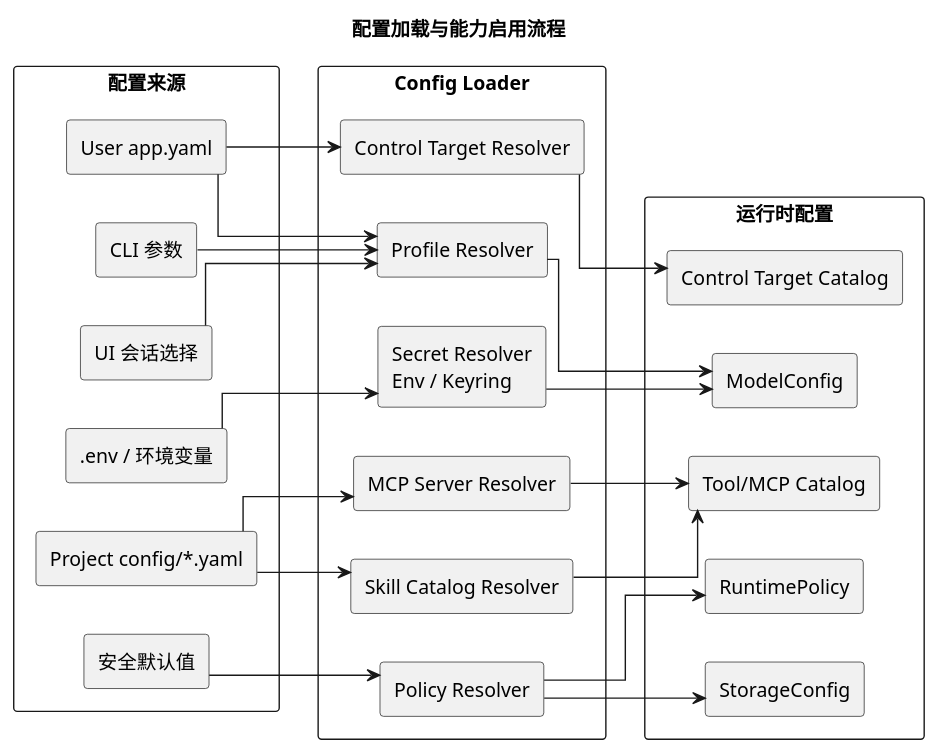
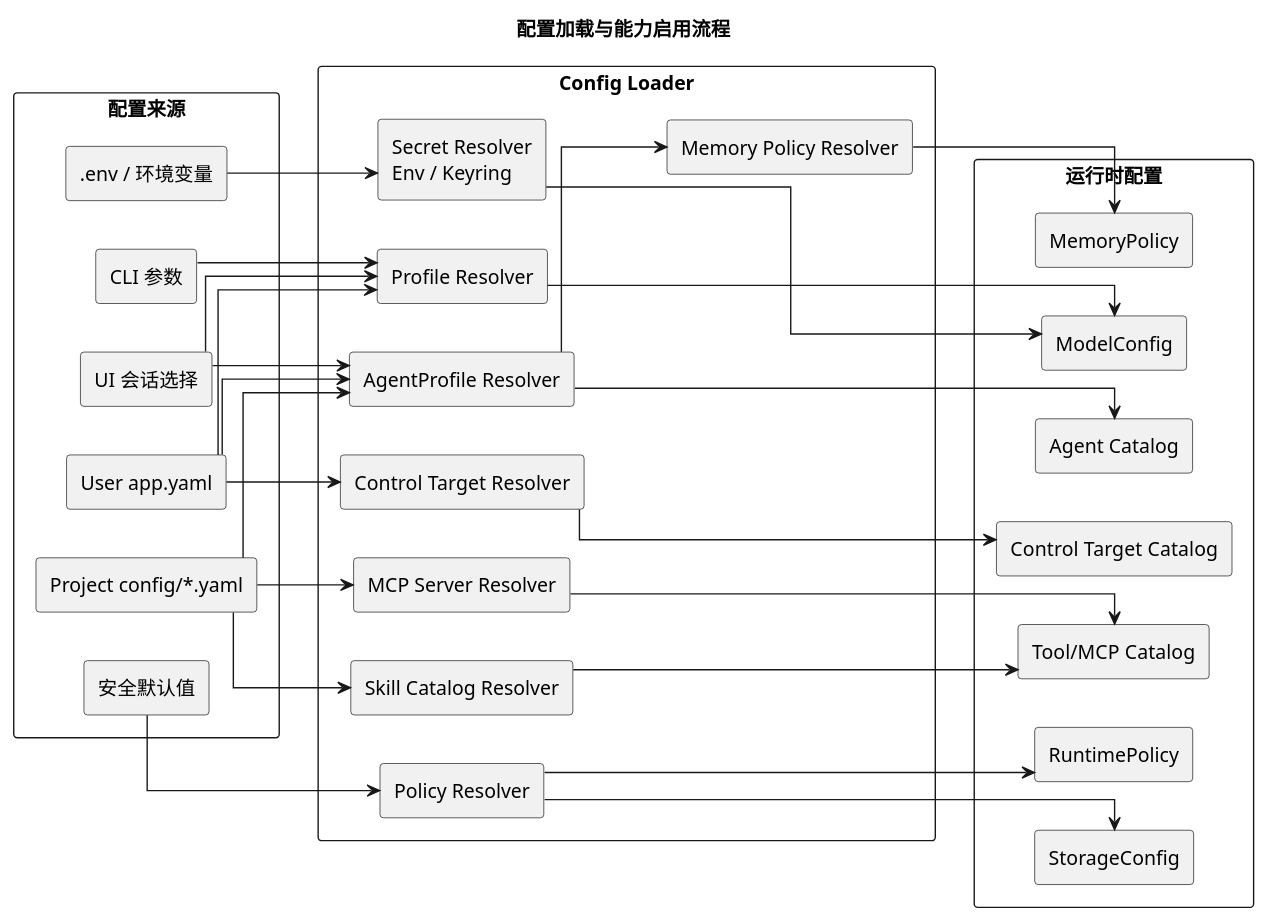
Before and after one commit to Amaz1ngJR/AgentLab: diagram 14 of 16 in docs/technical_architecture.md, drawn with PlantUML. The commit also changed other lines of this file and 11 other files, not shown here.

First line of the commit message:
feat: 实现多 Agent Profile、Session 切换与长期记忆

````diff
--- a/docs/technical_architecture.md
+++ b/docs/technical_architecture.md
@@ -1314,51 +1499,61 @@
 ```plantuml
 @startuml
 title 配置加载与能力启用流程
 skinparam componentStyle rectangle
 skinparam linetype ortho
 skinparam shadowing false
 left to right direction
 
 rectangle "配置来源" as Sources {
   [CLI 参数] as CliArgs
   [UI 会话选择] as UiChoice
   [.env / 环境变量] as Env
   [User app.yaml] as UserYaml
   [Project config/*.yaml] as ProjectYaml
   [安全默认值] as Defaults
 }
 
 rectangle "Config Loader" as Loader {
+  [AgentProfile Resolver] as AgentResolver
   [Profile Resolver] as Profile
   [Secret Resolver\nEnv / Keyring] as Secrets
   [Control Target Resolver] as ControlTargets
   [MCP Server Resolver] as McpResolver
   [Skill Catalog Resolver] as SkillResolver
+  [Memory Policy Resolver] as MemoryResolver
   [Policy Resolver] as PolicyResolver
 }
 
 rectangle "运行时配置" as RuntimeConfig {
+  [Agent Catalog] as AgentCfg
   [ModelConfig] as ModelCfg
+  [MemoryPolicy] as MemoryCfg
   [RuntimePolicy] as PolicyCfg
   [Tool/MCP Catalog] as ToolCfg
   [Control Target Catalog] as ControlCfg
   [StorageConfig] as StorageCfg
 }
 
 CliArgs --> Profile
 UiChoice --> Profile
+UiChoice --> AgentResolver
 Env --> Secrets
+UserYaml --> AgentResolver
 UserYaml --> Profile
 UserYaml --> ControlTargets
 ProjectYaml --> McpResolver
 ProjectYaml --> SkillResolver
+ProjectYaml --> AgentResolver
 Defaults --> PolicyResolver
+AgentResolver --> AgentCfg
+AgentResolver --> MemoryResolver
 Profile --> ModelCfg
 Secrets --> ModelCfg
 ControlTargets --> ControlCfg
 McpResolver --> ToolCfg
 SkillResolver --> ToolCfg
+MemoryResolver --> MemoryCfg
 PolicyResolver --> PolicyCfg
 PolicyResolver --> StorageCfg
 @enduml
 ```
````
